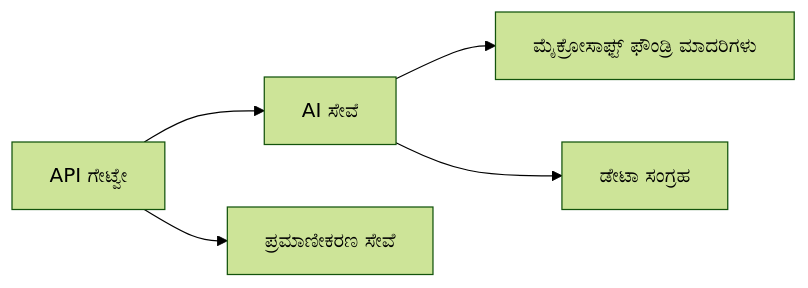
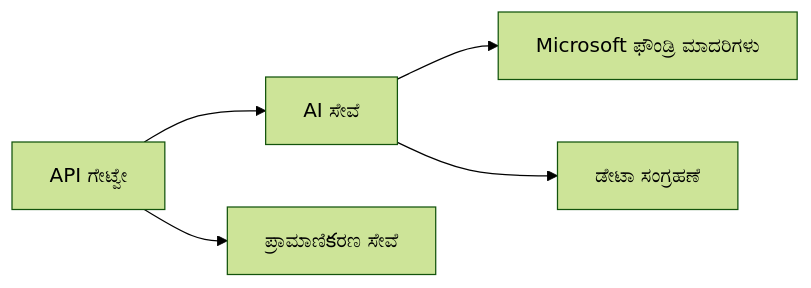
One commit to microsoft/AZD-for-beginners changed the first of 2 diagrams in translations/kn/docs/chapter-08-production/README.md. Above: the diagram before and after it, drawn with Mermaid (forest theme). The commit also changed other lines of this file and 5 other files, not shown here.

````diff
--- a/translations/kn/docs/chapter-08-production/README.md
+++ b/translations/kn/docs/chapter-08-production/README.md
@@ -48,6 +48,6 @@
 ```mermaid
 graph LR
-    Gateway[API ಗೇಟ್ವೇ] --> AI[AI ಸೇವೆ] --> Models[ಮೈಕ್ರೋಸಾಫ್ಟ್ ಫೌಂಡ್ರಿ ಮಾದರಿಗಳು]
-    Gateway --> Auth[ಪ್ರಮಾಣೀಕರಣ ಸೇವೆ]
-    AI --> Data[ಡೇಟಾ ಸಂಗ್ರಹ]
+    Gateway[API ಗೇಟ್ವೇ] --> AI[AI ಸೇವೆ] --> Models[Microsoft ಫೌಂಡ್ರಿ ಮಾದರಿಗಳು]
+    Gateway --> Auth[ಪ್ರಾಮಾಣಿ‌కರಣ ಸೇವೆ]
+    AI --> Data[ಡೇಟಾ ಸಂಗ್ರಹಣೆ]
 ```
````
